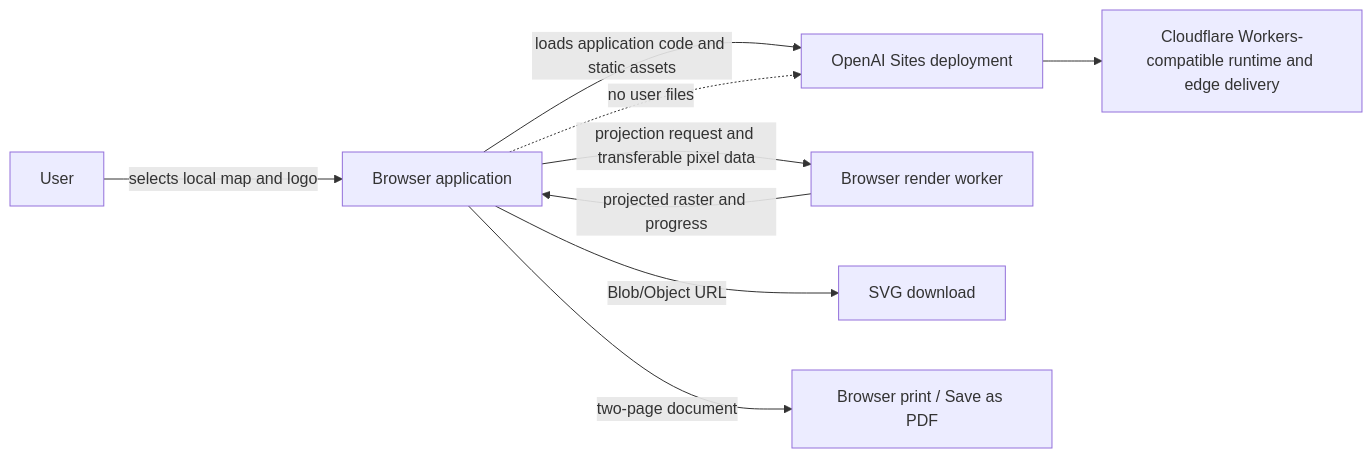
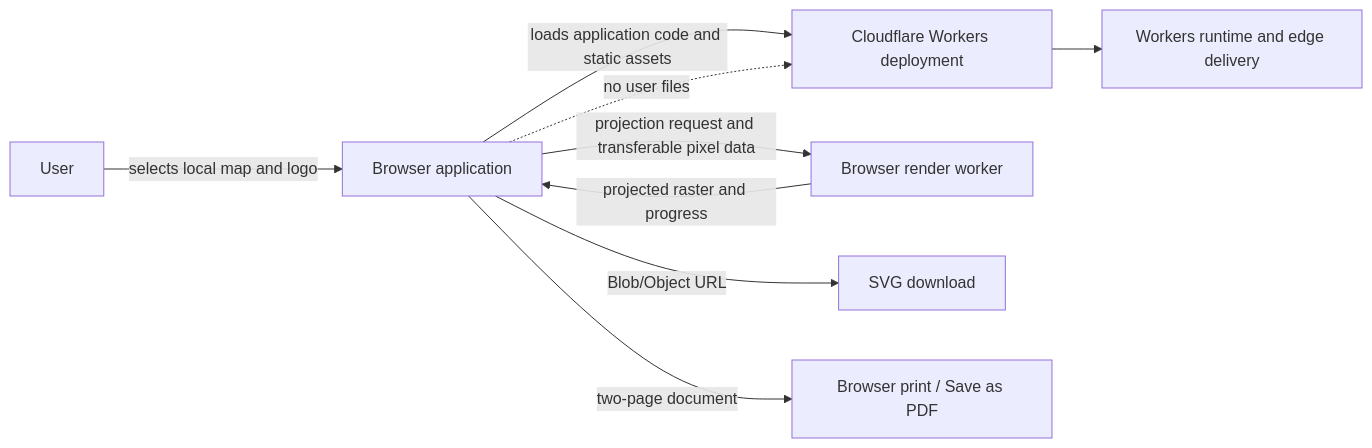
The diagram in README.md (mama9521/Paper-Globe), drawn with Mermaid before and after one commit. The commit also changed other lines of this file and 4 other files, not shown here.

Commit message:
Deploy publicly with Cloudflare Workers

````diff
--- a/README.md
+++ b/README.md
@@ -80,11 +80,11 @@
 ```mermaid
 flowchart LR
   U[User] -->|selects local map and logo| B[Browser application]
-  B -->|loads application code and static assets| H[OpenAI Sites deployment]
-  H --> W[Cloudflare Workers-compatible runtime and edge delivery]
+  B -->|loads application code and static assets| H[Cloudflare Workers deployment]
+  H --> W[Workers runtime and edge delivery]
   B -->|projection request and transferable pixel data| R[Browser render worker]
   R -->|projected raster and progress| B
   B -->|Blob/Object URL| S[SVG download]
   B -->|two-page document| P[Browser print / Save as PDF]
   B -. no user files .-> H
 ```
````
